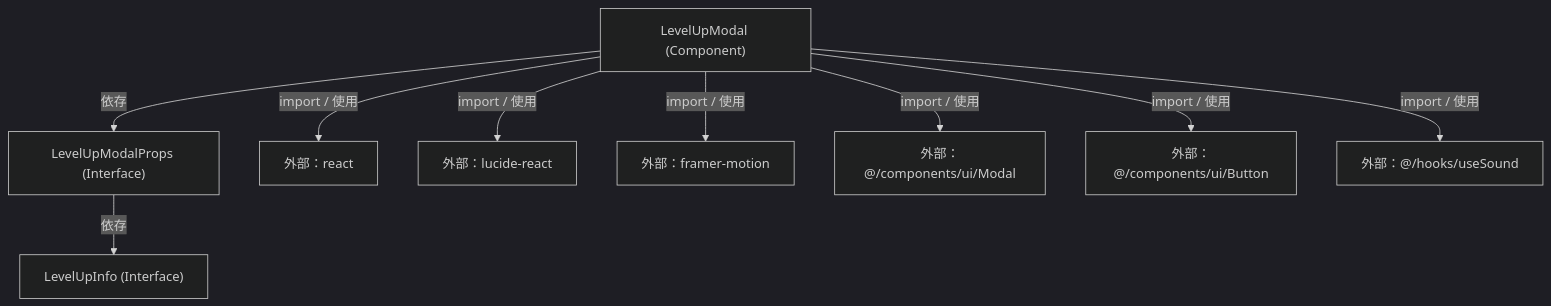
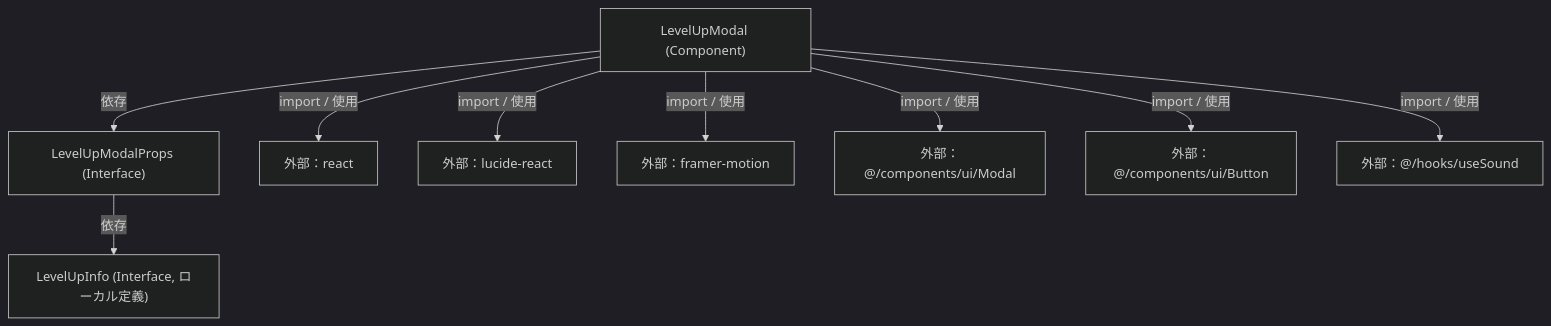
The second of 2 diagrams in docs/specifications/family-quest/src/components/ui/LevelUpModal.md (mmtigers/my_python_project), drawn with Mermaid (dark theme) before and after one commit. The commit also changed other lines of this file and 7 other files, not shown here.

````diff
--- a/docs/specifications/family-quest/src/components/ui/LevelUpModal.md
+++ b/docs/specifications/family-quest/src/components/ui/LevelUpModal.md
@@ -136,24 +136,24 @@
 ```mermaid
 graph TD
     LevelUpModal["LevelUpModal (Component)"]
-    LevelUpInfo["LevelUpInfo (Interface)"]
+    LevelUpInfo["LevelUpInfo (Interface, ローカル定義)"]
     LevelUpModalProps["LevelUpModalProps (Interface)"]
     
     ReactMod["外部：react"]
     Lucide["外部：lucide-react"]
     Framer["外部：framer-motion"]
     ModalComp["外部：@/components/ui/Modal"]
     ButtonComp["外部：@/components/ui/Button"]
     UseSoundHook["外部：@/hooks/useSound"]
 
     LevelUpModalProps -->|依存| LevelUpInfo
     LevelUpModal -->|依存| LevelUpModalProps
     
     LevelUpModal -->|import / 使用| ReactMod
     LevelUpModal -->|import / 使用| ModalComp
     LevelUpModal -->|import / 使用| ButtonComp
     LevelUpModal -->|import / 使用| Lucide
     LevelUpModal -->|import / 使用| Framer
     LevelUpModal -->|import / 使用| UseSoundHook
 
 ```
````
